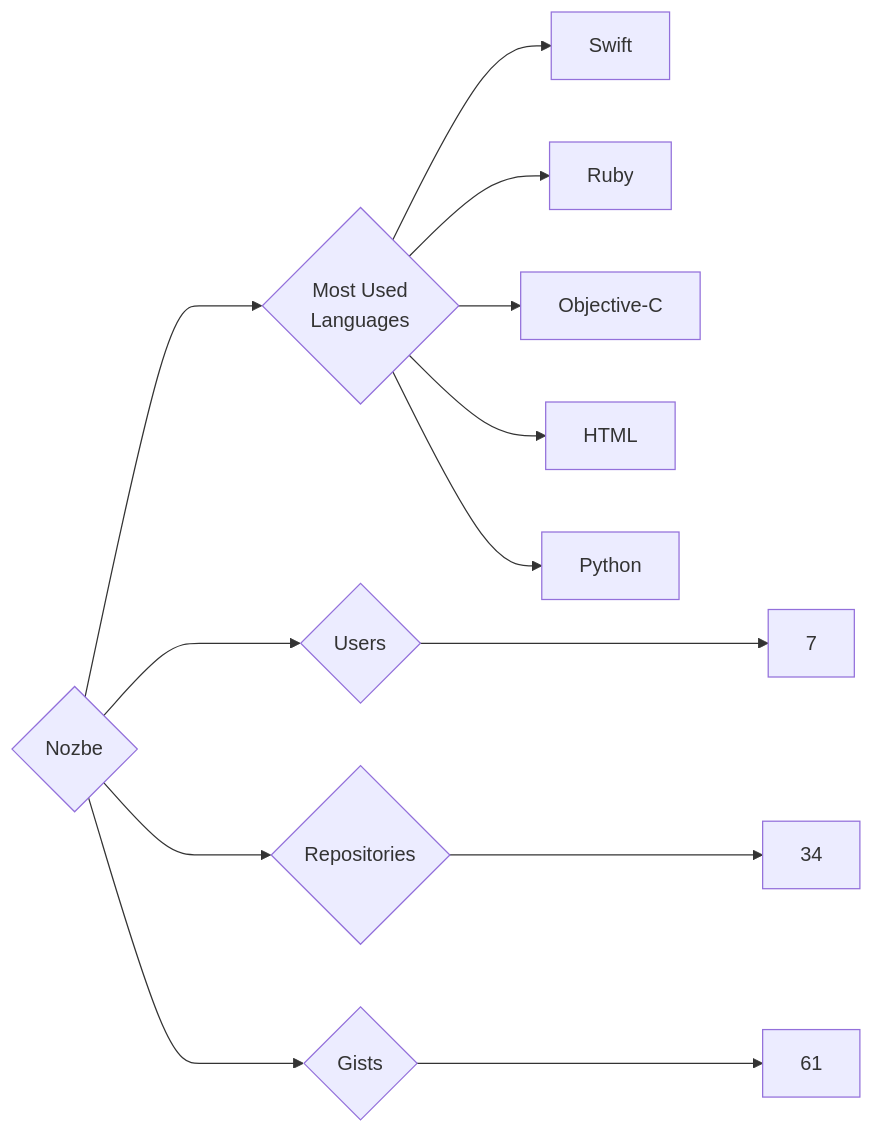
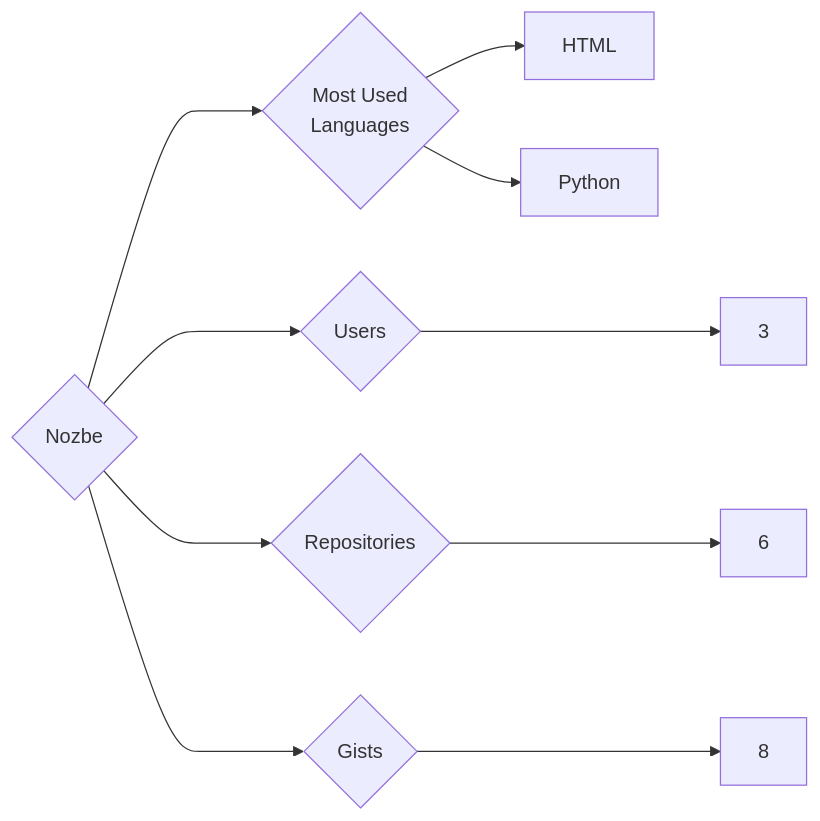
One commit to trickest/insiders changed the diagram in targets/Nozbe/README.md. Above: the diagram before and after it, drawn with Mermaid. The commit also changed 1496 other files, not shown here.

````diff
--- a/targets/Nozbe/README.md
+++ b/targets/Nozbe/README.md
@@ -3,13 +3,10 @@
 ```mermaid
 graph LR
 COMPANY_NAME{Nozbe}
-COMPANY_NAME ---> U{Users} ---> UN[7]
-COMPANY_NAME ---> R{Repositories} ---> RN[34]
-COMPANY_NAME ---> G{Gists} ---> GN[61]
+COMPANY_NAME ---> U{Users} ---> UN[3]
+COMPANY_NAME ---> R{Repositories} ---> RN[6]
+COMPANY_NAME ---> G{Gists} ---> GN[8]
 COMPANY_NAME ---> ML{Most Used<br>Languages}
-ML --> Swift[Swift]
-ML --> Ruby[Ruby]
-ML --> Objective-C[Objective-C]
 ML --> HTML[HTML]
 ML --> Python[Python]
 ```
````
